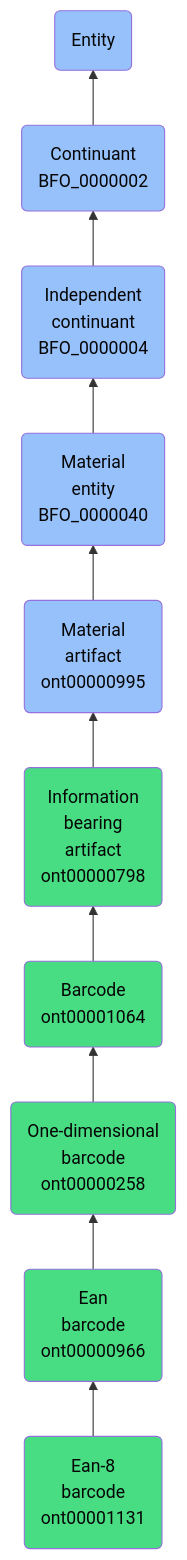
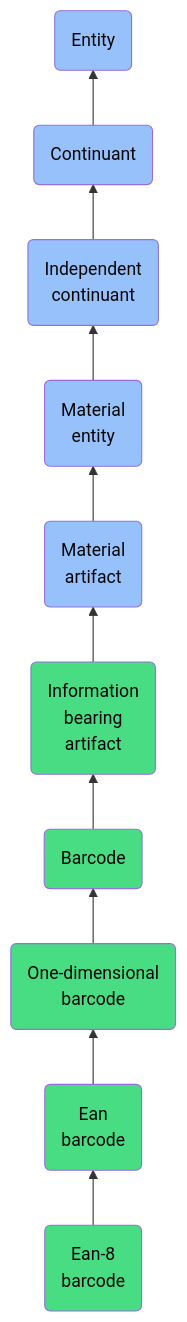
The diagram in docs/ontology/reference/model/Entity/Continuant/Independent continuant/Material entity/Material artifact/Information bearing artifact/Barcode/One-dimensional barcode/Ean barcode/Ean-8 barcode/Ean-8 barcode.md (jupyter-naas/abi), drawn with Mermaid before and after one commit. The commit also changed other lines of this file and 1430 other files, not shown here.

````diff
--- a/docs/ontology/reference/model/Entity/Continuant/Independent continuant/Material entity/Material artifact/Information bearing artifact/Barcode/One-dimensional barcode/Ean barcode/Ean-8 barcode/Ean-8 barcode.md
+++ b/docs/ontology/reference/model/Entity/Continuant/Independent continuant/Material entity/Material artifact/Information bearing artifact/Barcode/One-dimensional barcode/Ean barcode/Ean-8 barcode/Ean-8 barcode.md
@@ -24,17 +24,17 @@
 ```mermaid
 graph BT
-    ont00001131(Ean-8<br>barcode<br>ont00001131):::ABI-->ont00000966
-    ont00000966(Ean<br>barcode<br>ont00000966):::ABI-->ont00000258
-    ont00000258(One-dimensional<br>barcode<br>ont00000258):::ABI-->ont00001064
-    ont00001064(Barcode<br>ont00001064):::ABI-->ont00000798
-    ont00000798(Information<br>bearing<br>artifact<br>ont00000798):::ABI-->ont00000995
-    ont00000995(Material<br>artifact<br>ont00000995):::BFO-->BFO_0000040
-    BFO_0000040(Material<br>entity<br>BFO_0000040):::BFO-->BFO_0000004
-    BFO_0000004(Independent<br>continuant<br>BFO_0000004):::BFO-->BFO_0000002
-    BFO_0000002(Continuant<br>BFO_0000002):::BFO-->BFO_0000001
+    ont00001131(Ean-8<br>barcode):::ABI-->ont00000966
+    ont00000966(Ean<br>barcode):::ABI-->ont00000258
+    ont00000258(One-dimensional<br>barcode):::ABI-->ont00001064
+    ont00001064(Barcode):::ABI-->ont00000798
+    ont00000798(Information<br>bearing<br>artifact):::ABI-->ont00000995
+    ont00000995(Material<br>artifact):::BFO-->BFO_0000040
+    BFO_0000040(Material<br>entity):::BFO-->BFO_0000004
+    BFO_0000004(Independent<br>continuant):::BFO-->BFO_0000002
+    BFO_0000002(Continuant):::BFO-->BFO_0000001
     BFO_0000001(Entity):::BFO
     
     classDef BFO fill:#97c1fb,color:#060606
     classDef CCO fill:#e4c51e,color:#060606
     classDef ABI fill:#48DD82,color:#060606
 ```
````
